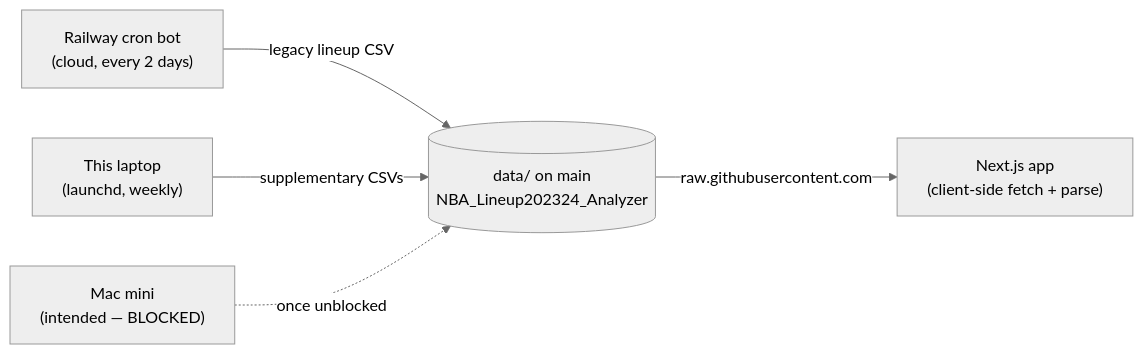
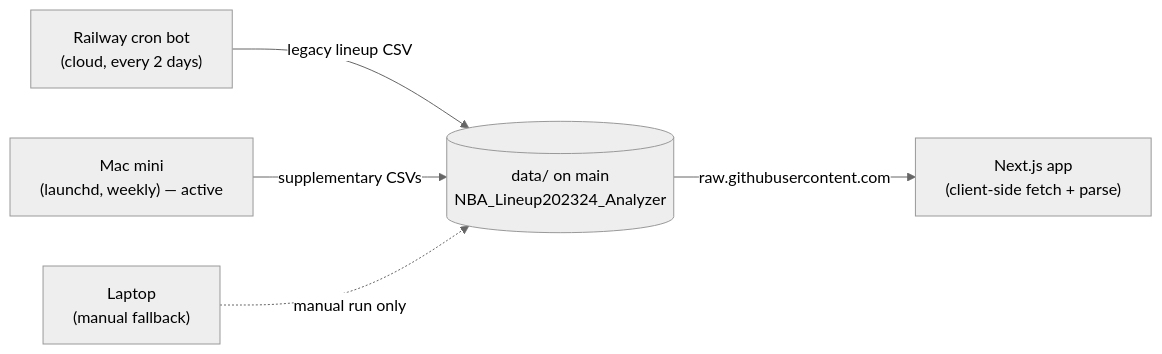
One commit to meharpalbasi/NBA_Lineup202324_Analyzer changed the diagram in docs/DATA_SOURCES.md. Above: the diagram before and after it, drawn with Mermaid (neutral theme). The commit also changed other lines of this file and 1 other file, not shown here.

First line of the commit message:
docs: mini is the active publisher; correct the health check (#10)

````diff
--- a/docs/DATA_SOURCES.md
+++ b/docs/DATA_SOURCES.md
@@ -16,12 +16,12 @@
 ```mermaid
 flowchart LR
   R["Railway cron bot<br/>(cloud, every 2 days)"]
-  L["This laptop<br/>(launchd, weekly)"]
-  M["Mac mini<br/>(intended — BLOCKED)"]
+  M["Mac mini<br/>(launchd, weekly) — active"]
+  L["Laptop<br/>(manual fallback)"]
   D[("data/ on main<br/>NBA_Lineup202324_Analyzer")]
   F["Next.js app<br/>(client-side fetch + parse)"]
   R -->|legacy lineup CSV| D
-  L -->|supplementary CSVs| D
-  M -. once unblocked .-> D
+  M -->|supplementary CSVs| D
+  L -. manual run only .-> D
   D -->|raw.githubusercontent.com| F
 ```
````
